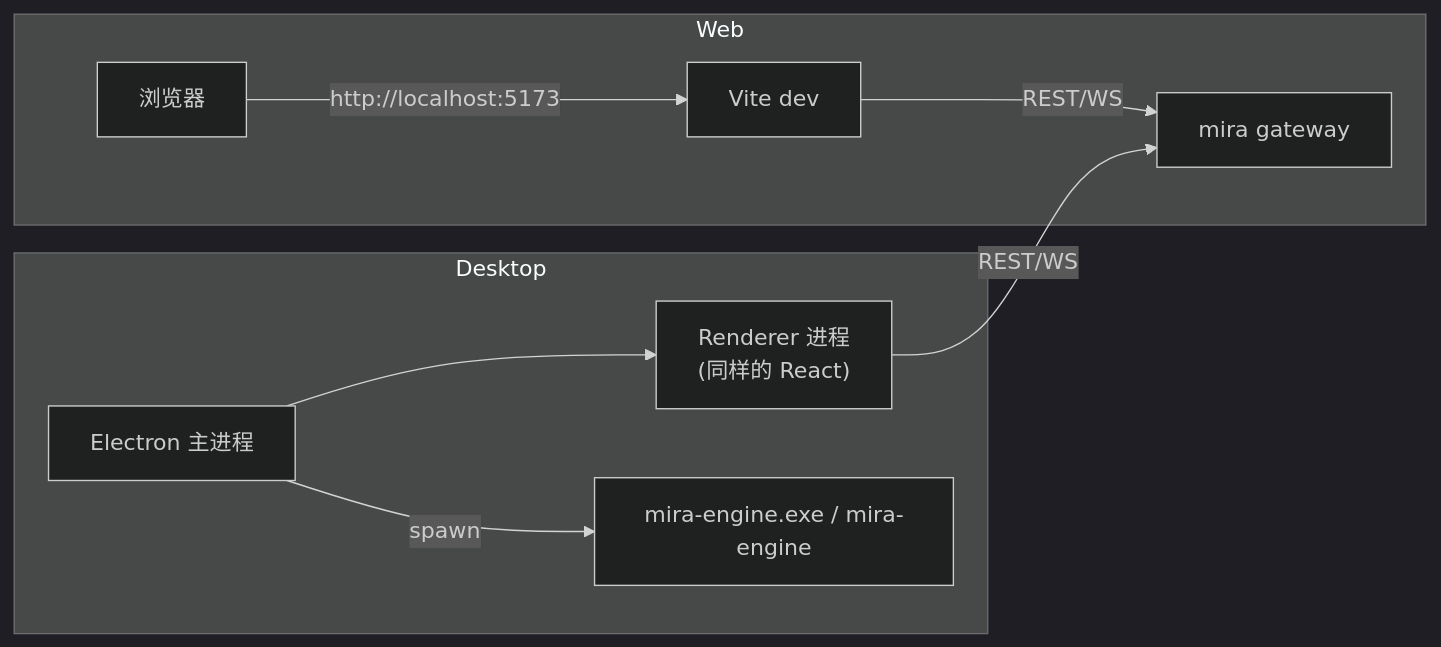
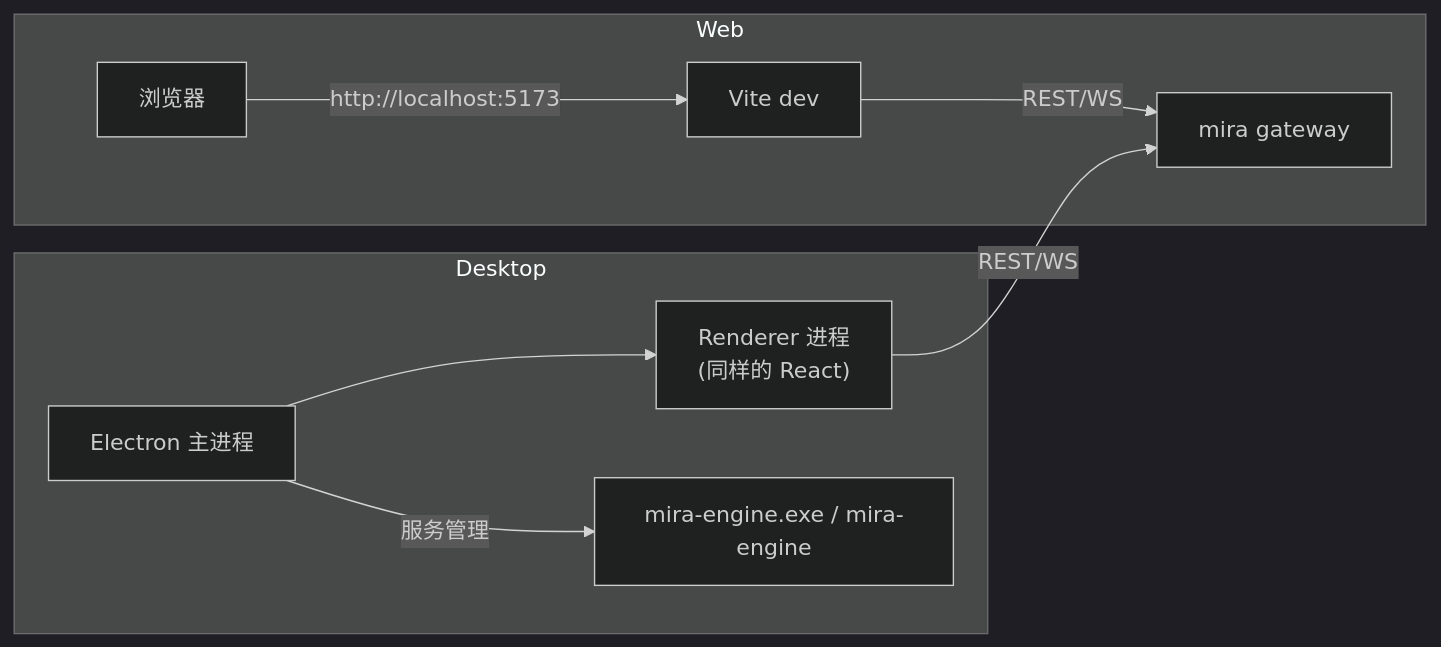
Before and after one commit to MIRA-Intelligence/mira-docs: the diagram in docs/usage/ui/desktop-web-mode.md, drawn with Mermaid (dark theme). The commit also changed other lines of this file and 80 other files, not shown here.

````diff
--- a/docs/usage/ui/desktop-web-mode.md
+++ b/docs/usage/ui/desktop-web-mode.md
@@ -16,12 +16,12 @@
 ```mermaid
 flowchart LR
     subgraph Web
         Browser[浏览器] -->|http://localhost:5173| Vite[Vite dev]
         Vite -->|REST/WS| GW[mira gateway]
     end
     subgraph Desktop
         Electron[Electron 主进程] --> Renderer["Renderer 进程<br/>(同样的 React)"]
         Renderer -->|REST/WS| GW
-        Electron -->|spawn| EngineExe[mira-engine.exe / mira-engine]
+        Electron -->|服务管理| EngineExe[mira-engine.exe / mira-engine]
     end
 ```
````
